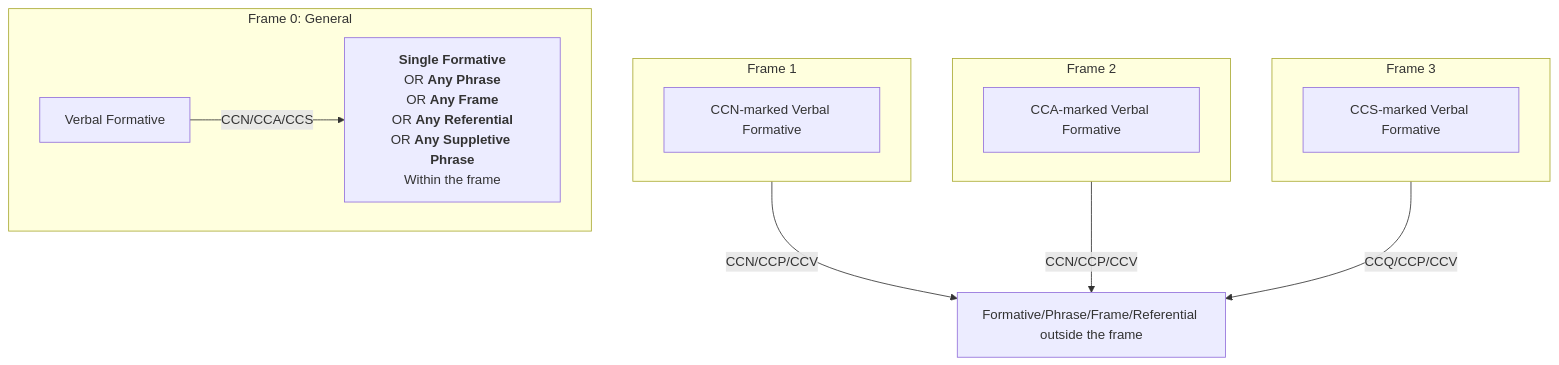
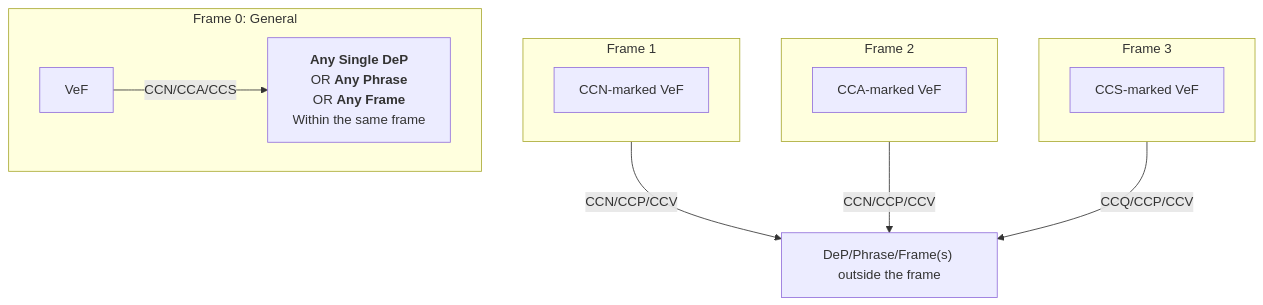
Before and after one commit to yuorb/yuorb.github.io: the sixth of 11 diagrams in src/en/docs/scoping.md, drawn with Mermaid. The commit also changed other lines of this file, not shown here.

````diff
--- a/src/en/docs/scoping.md
+++ b/src/en/docs/scoping.md
@@ -71,27 +260,25 @@
 ```mermaid
 flowchart TB
-    ff["`Formative/Phrase/Frame/Referential outside the frame`"]
-    fi["`**Single Formative**
+    ff["`DeP/Phrase/Frame(s) outside the frame`"]
+    fi["`**Any Single DeP**
     OR **Any Phrase**
     OR **Any Frame**
-    OR **Any Referential**
-    OR **Any Suppletive Phrase**
-    Within the frame`"]
+    Within the same frame`"]
     subgraph f1["Frame 1"]
-        f1a["`CCN-marked Verbal Formative`"]
+        f1a["`CCN-marked VeF`"]
     end
     f1-->|CCN/CCP/CCV|ff
     subgraph f2["Frame 2"]
-        f2a["`CCA-marked Verbal Formative`"]
+        f2a["`CCA-marked VeF`"]
     end
     f2-->|CCN/CCP/CCV|ff
     subgraph f3["Frame 3"]
-        f3a["`CCS-marked Verbal Formative`"]
+        f3a["`CCS-marked VeF`"]
     end
     f3-->|CCQ/CCP/CCV|ff
     subgraph f0["Frame 0: General"]
-        f0a["`Verbal Formative`"]
+        f0a["`VeF`"]
         fi
     end
     f0a-->|CCN/CCA/CCS|fi
 ```
````
